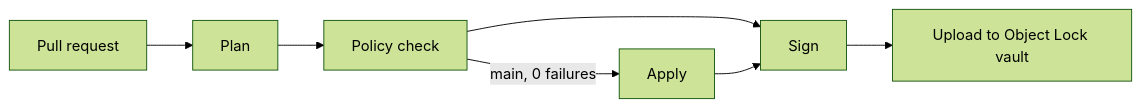
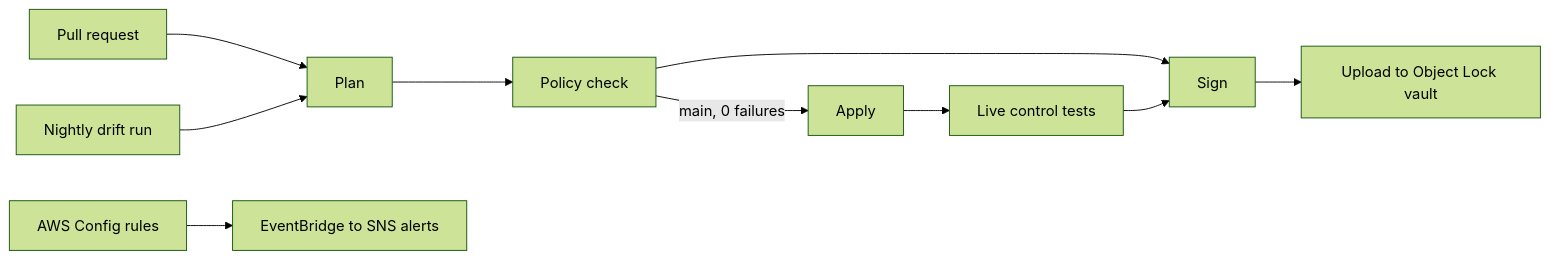
One commit to SeraphimO120/cgep-app-starter changed the diagram in README.md. Above: the diagram before and after it, drawn with Mermaid (forest theme). The commit also changed other lines of this file and 5 other files, not shown here.

Commit message:
Docs: control matrix, monitoring and live-test write-up, review response; OSCAL adds Config rules, live tests, 164.308(a)(1)(ii)(D)

````diff
--- a/README.md
+++ b/README.md
@@ -5,7 +5,9 @@
 ```mermaid
 flowchart LR
   PR[Pull request] --> Plan --> Check[Policy check]
   Check -->|main, 0 failures| Apply
   Check --> Sign
-  Apply --> Sign --> Upload[Upload to Object Lock vault]
+  Apply --> Tests[Live control tests] --> Sign --> Upload[Upload to Object Lock vault]
+  Nightly[Nightly drift run] --> Plan
+  Config[AWS Config rules] --> Alerts[EventBridge to SNS alerts]
 ```
````
